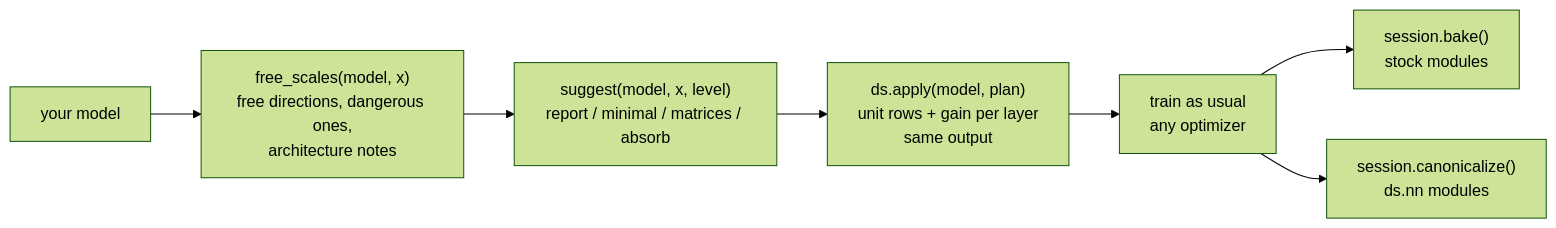
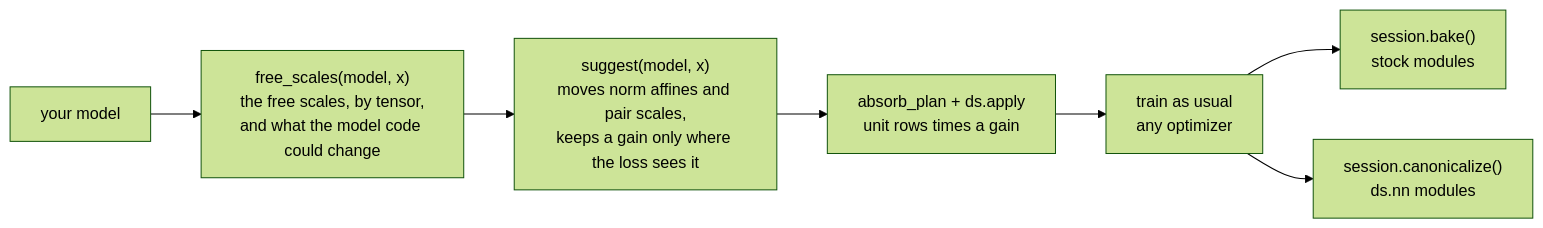
Before and after one commit to KohakuBlueleaf/DragonScale: the diagram in README.md, drawn with Mermaid (forest theme). The commit also changed other lines of this file and 19 other files, not shown here.

````diff
--- a/README.md
+++ b/README.md
@@ -70,9 +97,9 @@
 ```mermaid
 flowchart LR
-    model["your model"] --> report["free_scales(model, x)<br/>free directions, dangerous ones,<br/>architecture notes"]
-    report --> plan["suggest(model, x, level)<br/>report / minimal / matrices / absorb"]
-    plan --> apply["ds.apply(model, plan)<br/>unit rows + gain per layer<br/>same output"]
+    model["your model"] --> report["free_scales(model, x)<br/>the free scales, by tensor,<br/>and what the model code could change"]
+    report --> plan["suggest(model, x)<br/>moves norm affines and pair scales,<br/>keeps a gain only where the loss sees it"]
+    plan --> apply["absorb_plan + ds.apply<br/>unit rows times a gain"]
     apply --> train["train as usual<br/>any optimizer"]
     train --> out["session.bake()<br/>stock modules"]
     train --> native["session.canonicalize()<br/>ds.nn modules"]
 ```
````
